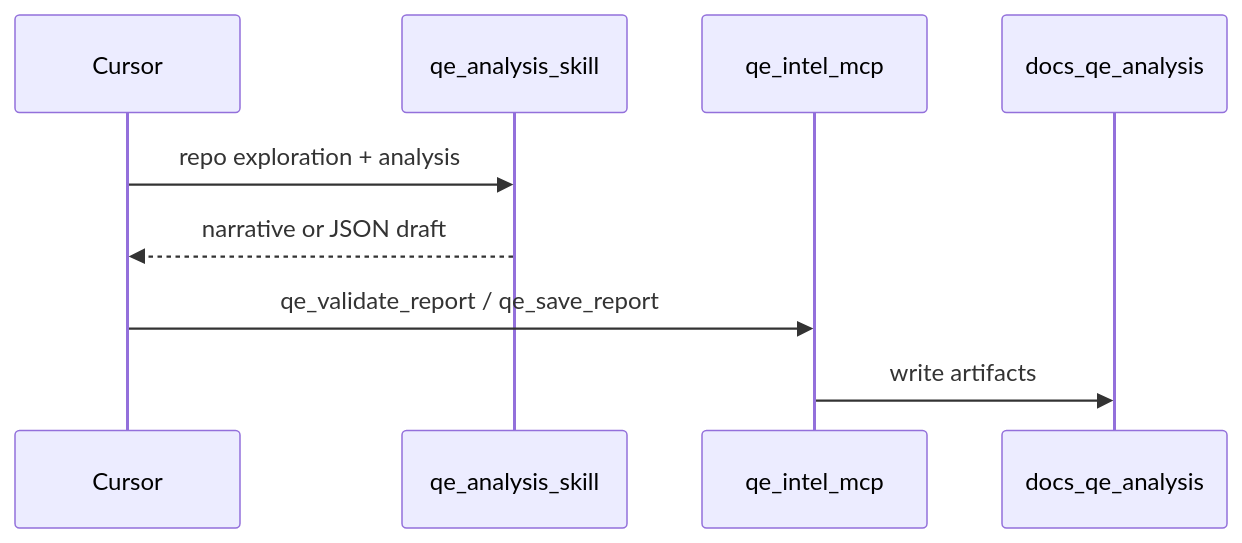
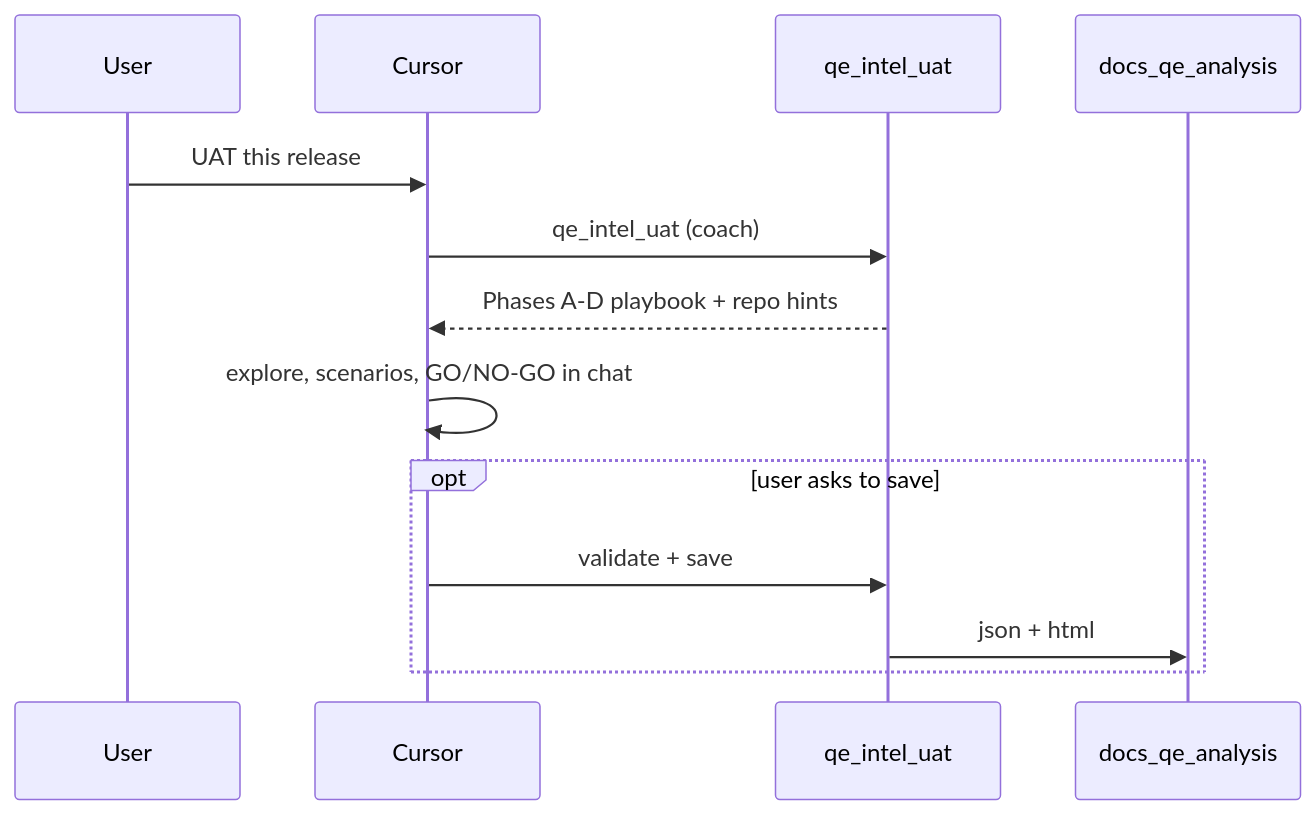
One commit to arjunjh10/qe-craft changed the diagram in README.md. Above: the diagram before and after it, drawn with Mermaid. The commit also changed other lines of this file and 25 other files, not shown here.

````diff
--- a/README.md
+++ b/README.md
@@ -43,12 +46,16 @@
 ```mermaid
 sequenceDiagram
+  participant User
   participant Cursor
-  participant Skill as qe_analysis_skill
-  participant MCP as qe_intel_mcp
+  participant Intel as qe_intel_uat
   participant FS as docs_qe_analysis
 
-  Cursor->>Skill: repo exploration + analysis
-  Skill-->>Cursor: narrative or JSON draft
-  Cursor->>MCP: qe_validate_report / qe_save_report
-  MCP->>FS: write artifacts
+  User->>Cursor: UAT this release
+  Cursor->>Intel: qe_intel_uat (coach)
+  Intel-->>Cursor: Phases A-D playbook + repo hints
+  Cursor->>Cursor: explore, scenarios, GO/NO-GO in chat
+  opt user asks to save
+    Cursor->>Intel: validate + save
+    Intel->>FS: json + html
+  end
 ```
````
